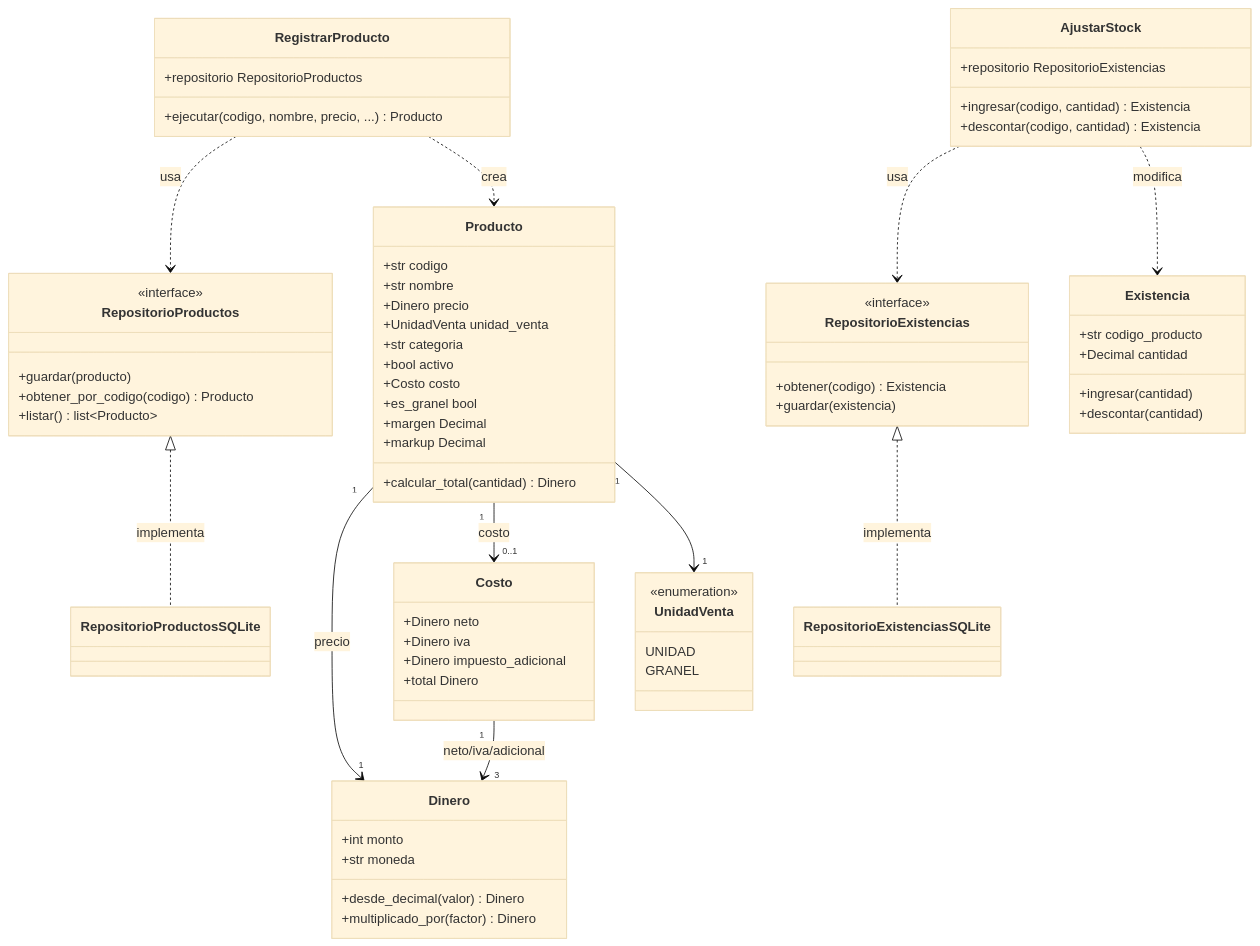
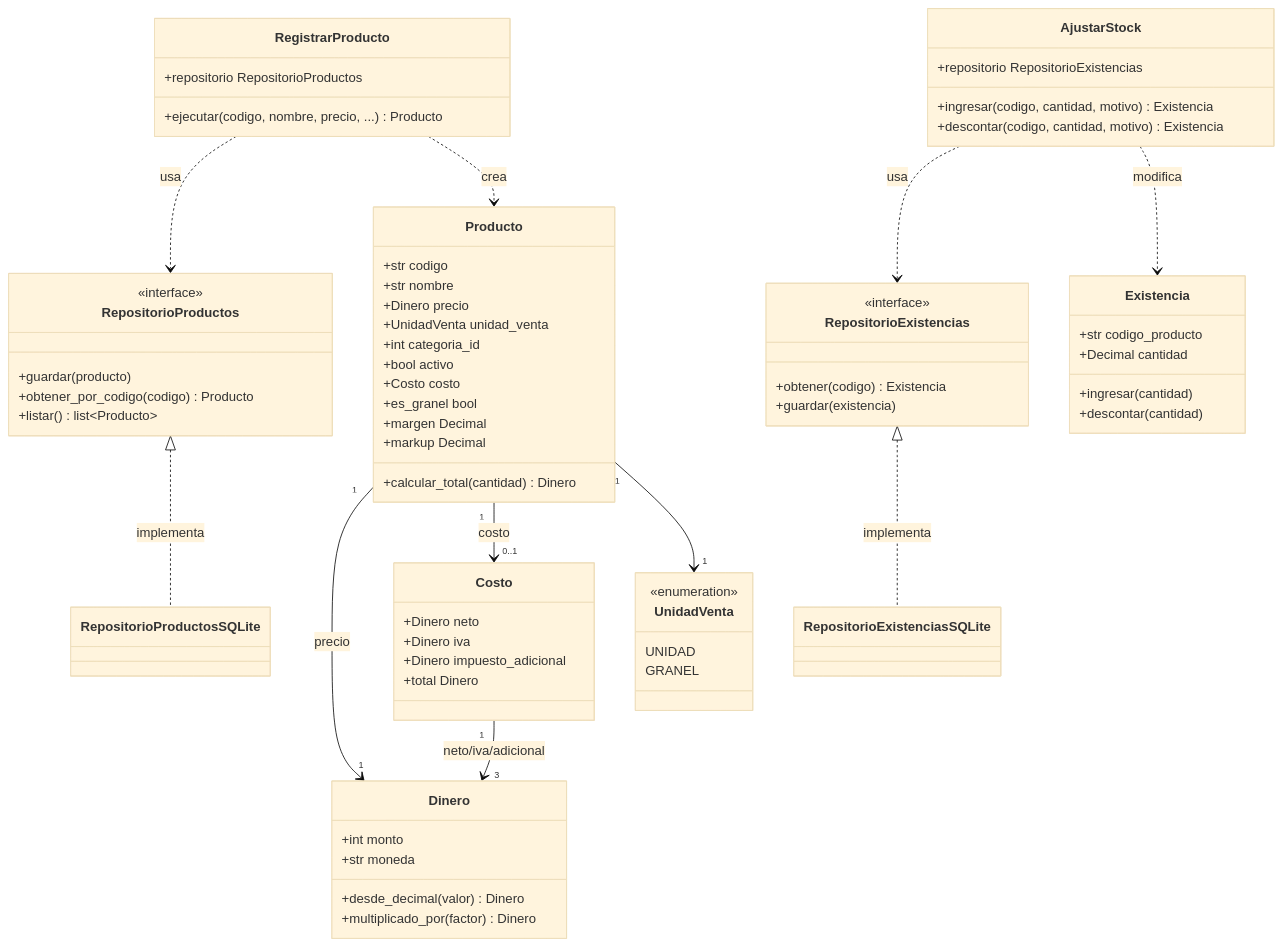
Before and after one commit to vroaseitz/sistema-inventario-productos: the second of 4 diagrams in docs/07-diagramas-uml/README.md, drawn with Mermaid (base theme). The commit also changed other lines of this file and 9 other files, not shown here.

First line of the commit message:
fix: corregir 3 inconsistencias que Victoria encontro en la revision del ER/UML

````diff
--- a/docs/07-diagramas-uml/README.md
+++ b/docs/07-diagramas-uml/README.md
@@ -51,70 +51,70 @@
 ```mermaid
 classDiagram
     class Producto {
         +str codigo
         +str nombre
         +Dinero precio
         +UnidadVenta unidad_venta
-        +str categoria
+        +int categoria_id
         +bool activo
         +Costo costo
         +es_granel bool
         +margen Decimal
         +markup Decimal
         +calcular_total(cantidad) Dinero
     }
     class Dinero {
         +int monto
         +str moneda
         +desde_decimal(valor) Dinero
         +multiplicado_por(factor) Dinero
     }
     class Costo {
         +Dinero neto
         +Dinero iva
         +Dinero impuesto_adicional
         +total Dinero
     }
     class UnidadVenta {
         <<enumeration>>
         UNIDAD
         GRANEL
     }
     class Existencia {
         +str codigo_producto
         +Decimal cantidad
         +ingresar(cantidad)
         +descontar(cantidad)
     }
     class RepositorioProductos {
         <<interface>>
         +guardar(producto)
         +obtener_por_codigo(codigo) Producto
         +listar() list~Producto~
     }
     class RepositorioExistencias {
         <<interface>>
         +obtener(codigo) Existencia
         +guardar(existencia)
     }
     class RegistrarProducto {
         +repositorio RepositorioProductos
         +ejecutar(codigo, nombre, precio, ...) Producto
     }
     class AjustarStock {
         +repositorio RepositorioExistencias
-        +ingresar(codigo, cantidad) Existencia
-        +descontar(codigo, cantidad) Existencia
+        +ingresar(codigo, cantidad, motivo) Existencia
+        +descontar(codigo, cantidad, motivo) Existencia
     }
 
     Producto "1" --> "1" Dinero : precio
     Producto "1" --> "0..1" Costo : costo
     Producto "1" --> "1" UnidadVenta
     Costo "1" --> "3" Dinero : neto/iva/adicional
     RegistrarProducto ..> RepositorioProductos : usa
     RegistrarProducto ..> Producto : crea
     AjustarStock ..> RepositorioExistencias : usa
     AjustarStock ..> Existencia : modifica
     RepositorioProductos <|.. RepositorioProductosSQLite : implementa
     RepositorioExistencias <|.. RepositorioExistenciasSQLite : implementa
 ```
````
